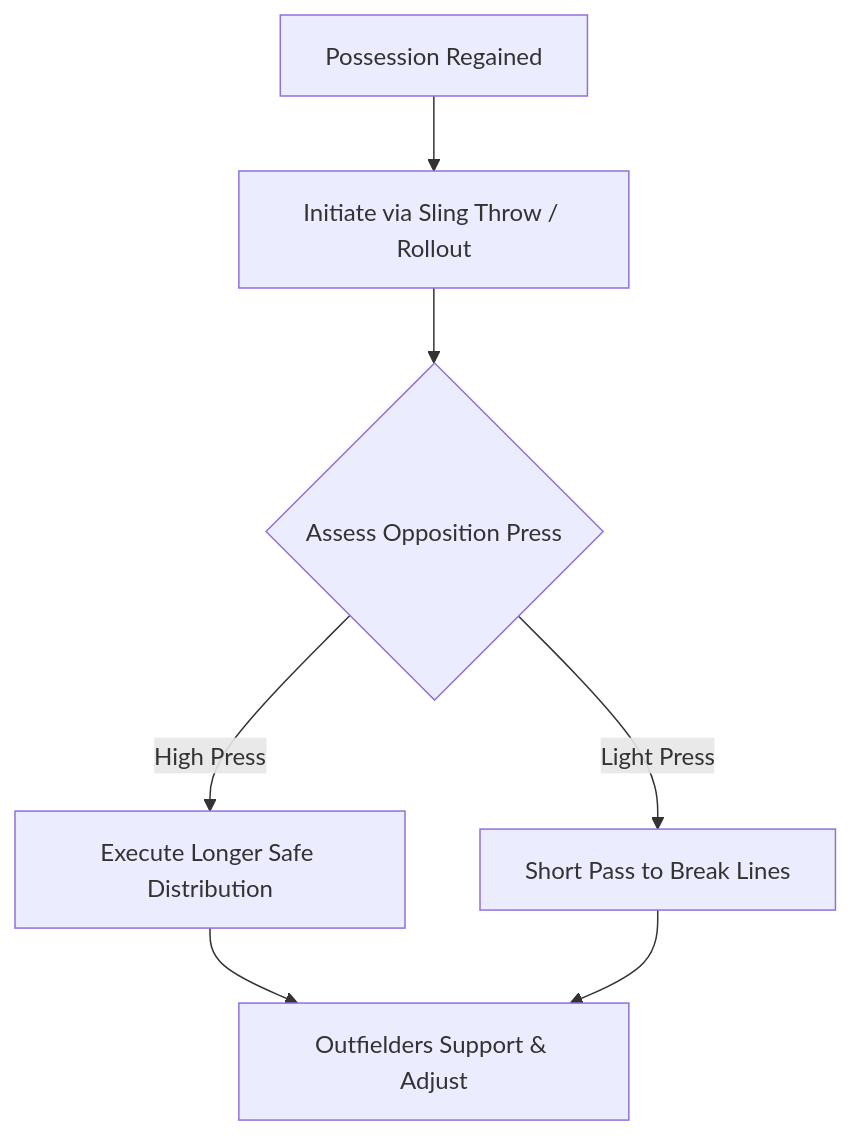
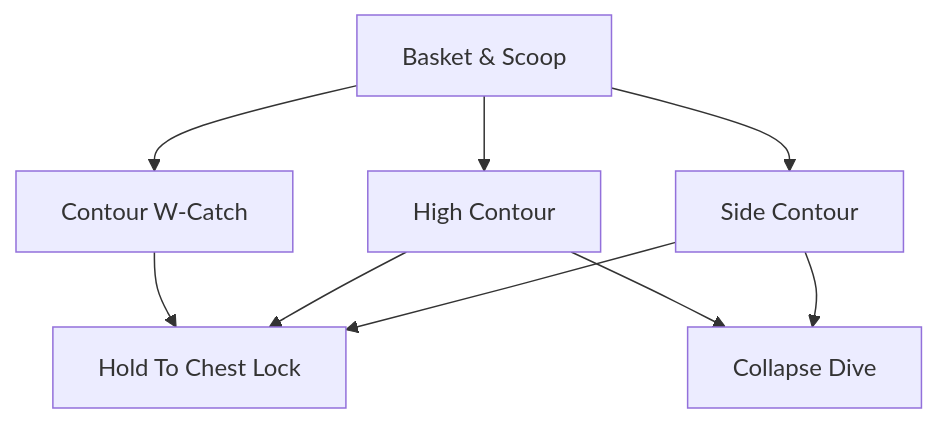
One commit to charlesjnichols/keeper-academy changed the second of 6 diagrams in slides/03-curriculum-9-12.md. Above: the diagram before and after it, drawn with Mermaid. The commit also changed other lines of this file and 4 other files, not shown here.

````diff
--- a/slides/03-curriculum-9-12.md
+++ b/slides/03-curriculum-9-12.md
@@ -129,9 +110,11 @@
 ```mermaid {theme: 'seriph', scale: 0.65}
 flowchart TD
-    A[Possession Regained] --> B[Initiate via Sling Throw / Rollout]
-    B --> C{Assess Opposition Press}
-    C -->|High Press| D[Execute Longer Safe Distribution]
-    C -->|Light Press| E[Short Pass to Break Lines]
-    D --> F[Outfielders Support & Adjust]
-    E --> F
+    A[Basket & Scoop] --> B[Contour W-Catch]
+    A --> C[High Contour]
+    A --> D[Side Contour]
+    C --> E[Collapse Dive]
+    D --> E
+    B --> F[Hold To Chest Lock]
+    C --> F
+    D --> F
 ```
````
